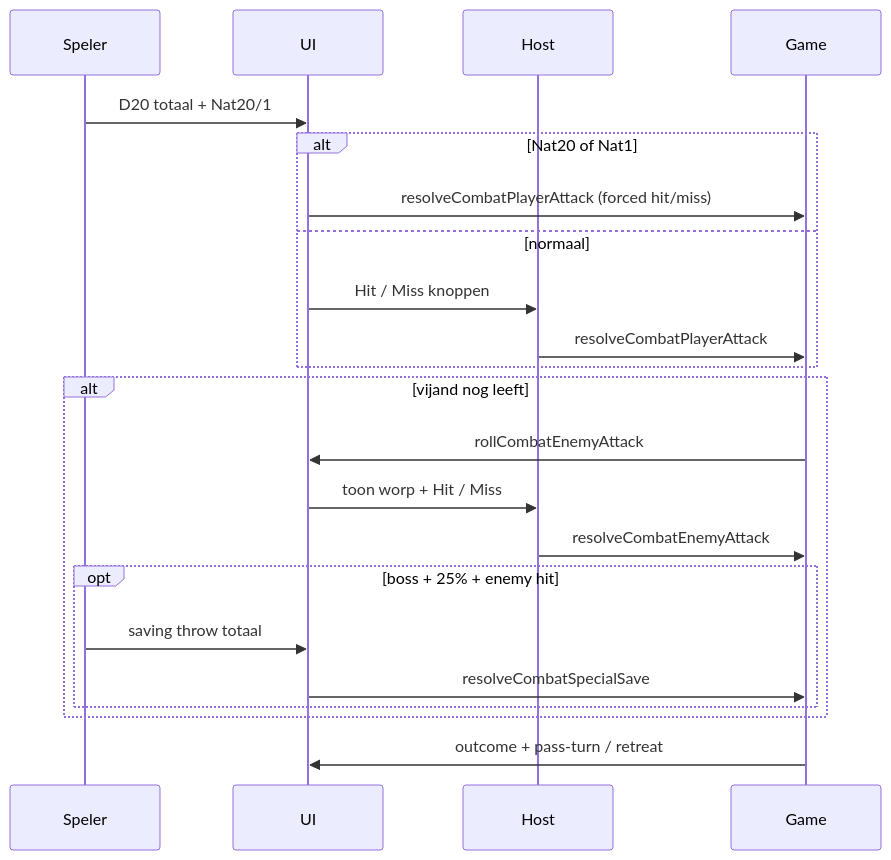
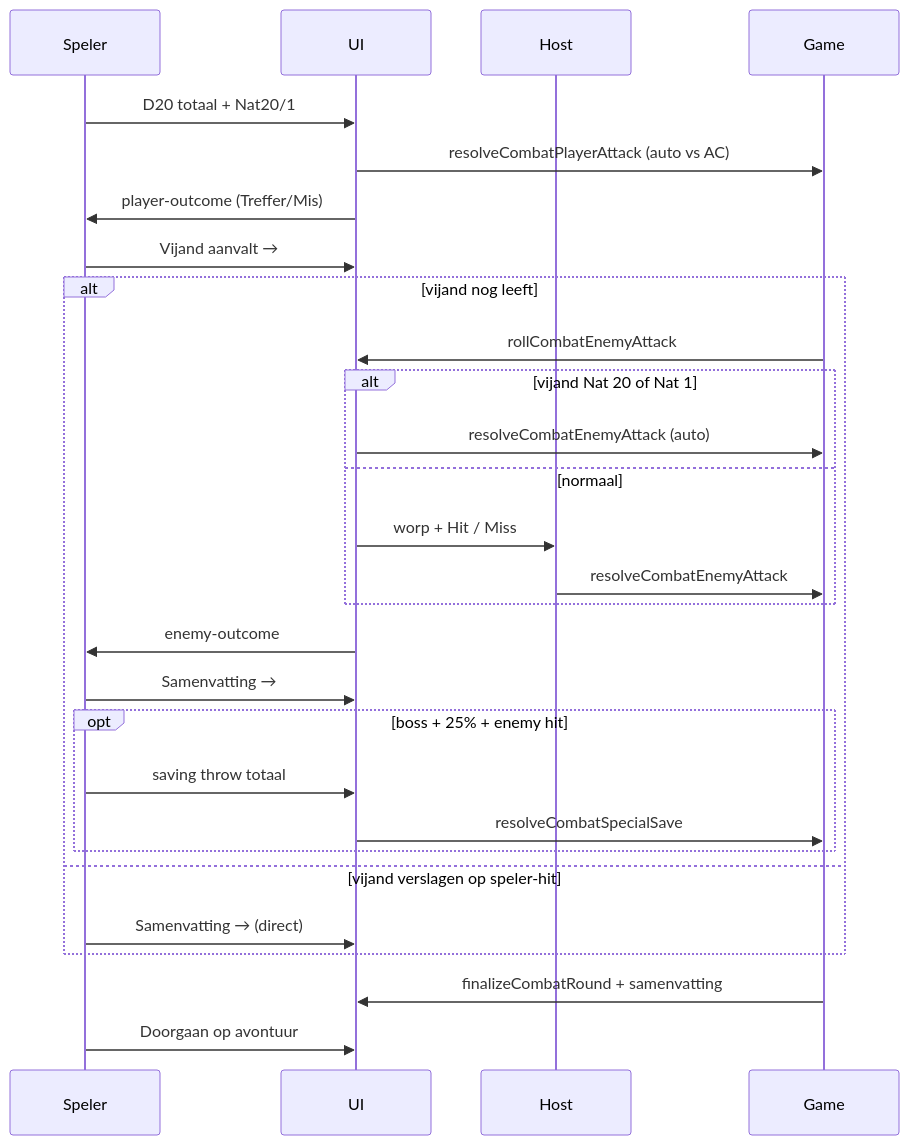
Before and after one commit to V3xillum/dnd-board: the diagram in MD/sessie-10-attack-roll-combat.md, drawn with Mermaid. The commit also changed other lines of this file and 2 other files, not shown here.

````diff
--- a/MD/sessie-10-attack-roll-combat.md
+++ b/MD/sessie-10-attack-roll-combat.md
@@ -118,25 +79,31 @@
 ```mermaid
 sequenceDiagram
   participant Speler
   participant UI
   participant Host
   participant Game
 
   Speler->>UI: D20 totaal + Nat20/1
-  alt Nat20 of Nat1
-    UI->>Game: resolveCombatPlayerAttack (forced hit/miss)
-  else normaal
-    UI->>Host: Hit / Miss knoppen
-    Host->>Game: resolveCombatPlayerAttack
-  end
+  UI->>Game: resolveCombatPlayerAttack (auto vs AC)
+  UI->>Speler: player-outcome (Treffer/Mis)
+  Speler->>UI: Vijand aanvalt →
   alt vijand nog leeft
     Game->>UI: rollCombatEnemyAttack
-    UI->>Host: toon worp + Hit / Miss
-    Host->>Game: resolveCombatEnemyAttack
+    alt vijand Nat 20 of Nat 1
+      UI->>Game: resolveCombatEnemyAttack (auto)
+    else normaal
+      UI->>Host: worp + Hit / Miss
+      Host->>Game: resolveCombatEnemyAttack
+    end
+    UI->>Speler: enemy-outcome
+    Speler->>UI: Samenvatting →
     opt boss + 25% + enemy hit
       Speler->>UI: saving throw totaal
       UI->>Game: resolveCombatSpecialSave
     end
+  else vijand verslagen op speler-hit
+    Speler->>UI: Samenvatting → (direct)
   end
-  Game->>UI: outcome + pass-turn / retreat
+  Game->>UI: finalizeCombatRound + samenvatting
+  Speler->>UI: Doorgaan op avontuur
 ```
````
